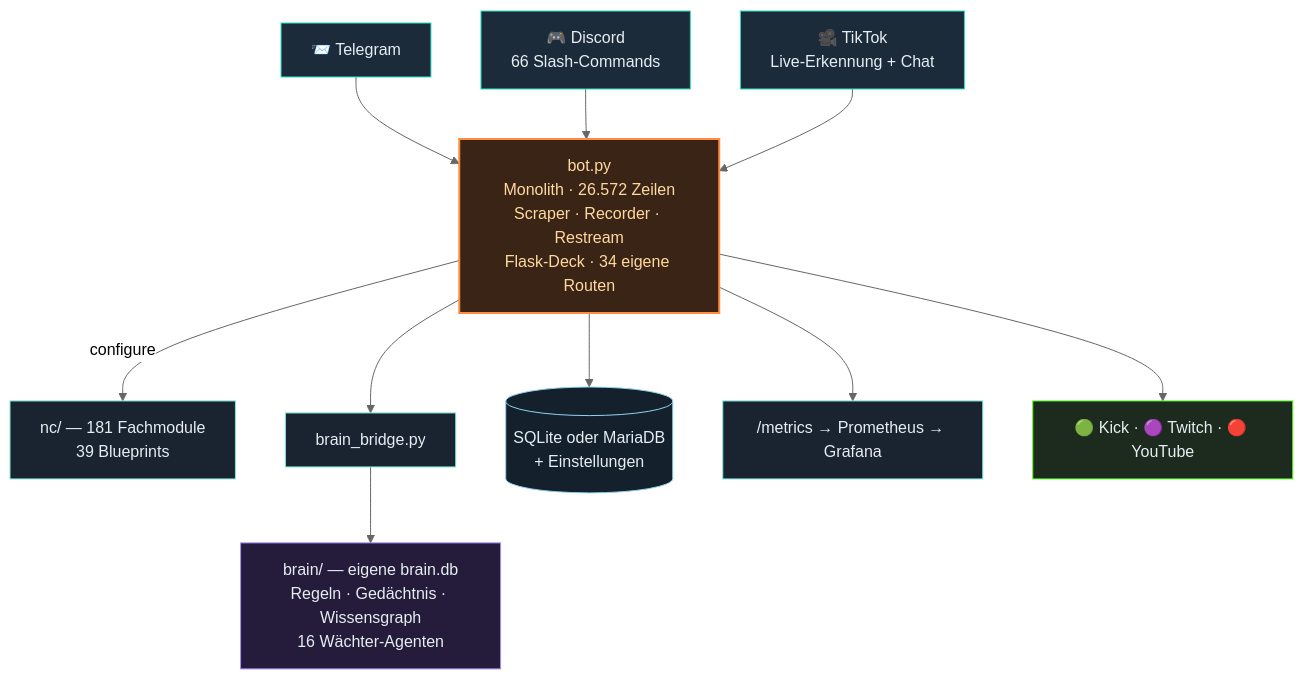
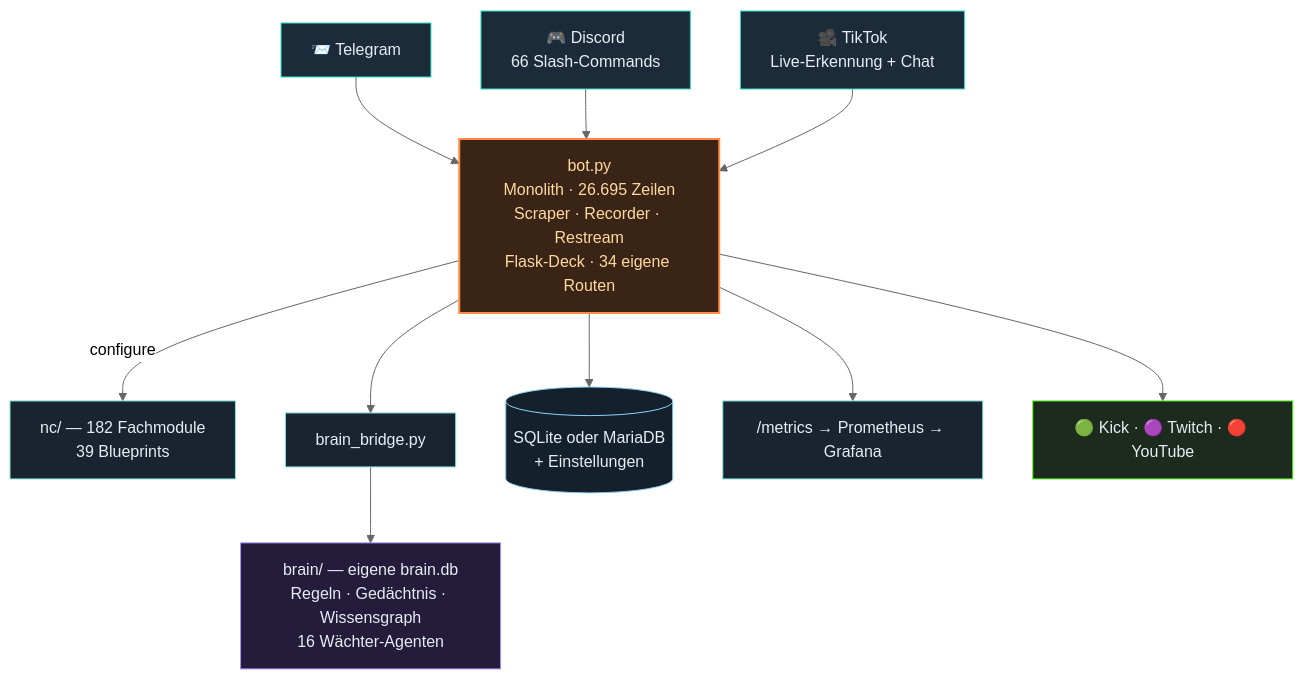
One commit to itsamemedev/Telegram-Stream-Info-Bot changed the second of 3 diagrams in README.md. Above: the diagram before and after it, drawn with Mermaid (neutral theme). The commit also changed other lines of this file and 13 other files, not shown here.

````diff
--- a/README.md
+++ b/README.md
@@ -118,19 +118,19 @@
 ```mermaid
 flowchart TB
     TG["📨 Telegram"]:::ein --> BOT
     DC["🎮 Discord<br/>66 Slash-Commands"]:::ein --> BOT
     TT["🎥 TikTok<br/>Live-Erkennung + Chat"]:::ein --> BOT
-    BOT["bot.py<br/>Monolith · 26.572 Zeilen<br/>Scraper · Recorder · Restream<br/>Flask-Deck · 34 eigene Routen"]:::core
-    BOT -->|configure| NC["nc/ — 181 Fachmodule<br/>39 Blueprints"]:::lib
+    BOT["bot.py<br/>Monolith · 26.695 Zeilen<br/>Scraper · Recorder · Restream<br/>Flask-Deck · 34 eigene Routen"]:::core
+    BOT -->|configure| NC["nc/ — 182 Fachmodule<br/>39 Blueprints"]:::lib
     BOT --> BR["brain_bridge.py"]:::lib
     BR --> BRAIN["brain/ — eigene brain.db<br/>Regeln · Gedächtnis · Wissensgraph<br/>16 Wächter-Agenten"]:::brain
     BOT --> DB[("SQLite oder MariaDB<br/>+ Einstellungen")]:::db
     BOT --> PROM["/metrics → Prometheus → Grafana"]:::lib
     BOT --> OUT["🟢 Kick · 🟣 Twitch · 🔴 YouTube"]:::out
     classDef ein fill:#1c2b3a,stroke:#2de1c2,color:#e6edf3
     classDef core fill:#3a2415,stroke:#ff8c42,stroke-width:2px,color:#ffd9a0
     classDef lib fill:#1a2430,stroke:#7fe7d4,color:#e6edf3
     classDef brain fill:#241c3a,stroke:#a78bfa,color:#e6edf3
     classDef db fill:#14202c,stroke:#8fd3f4,color:#e6edf3
     classDef out fill:#1c2b1e,stroke:#53fc18,color:#e6edf3
 ```
````
